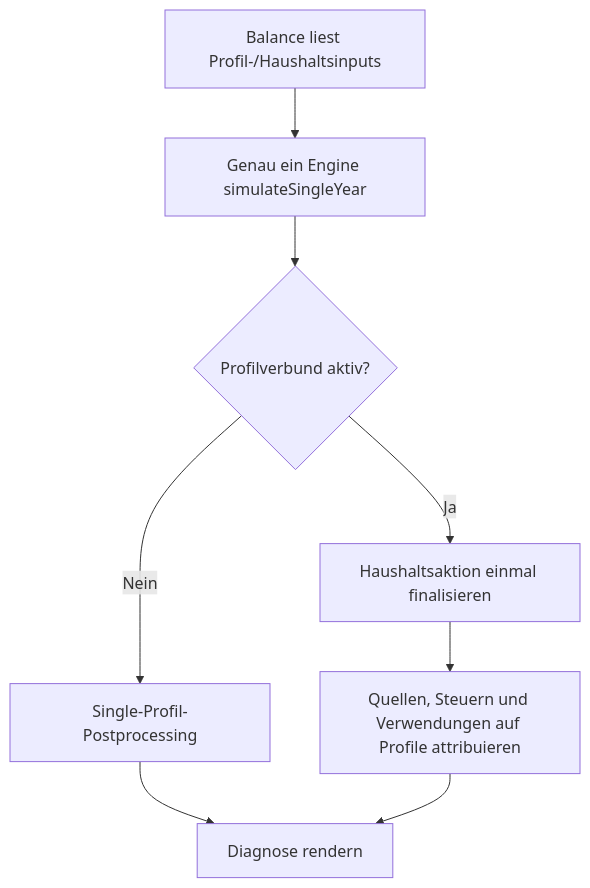
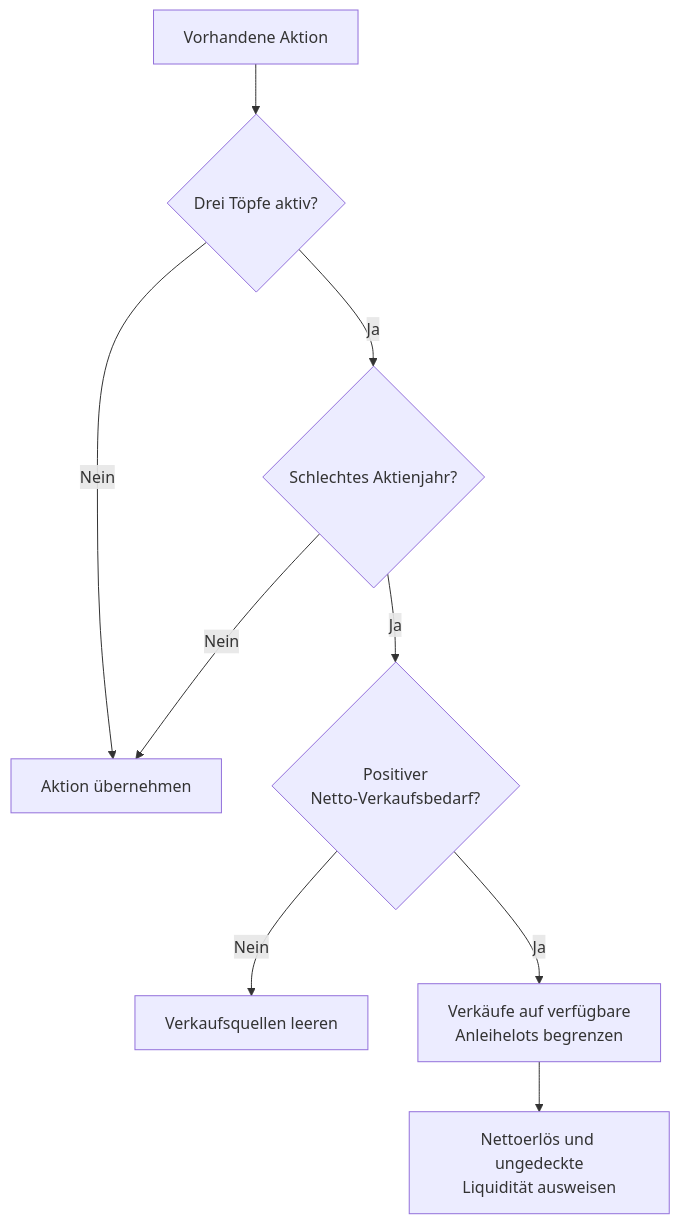
Before and after one commit to dieteresser62-lab/Vermoegen-und-Ruhestand: the third of 3 diagrams in docs/reference/ENGINE_DECISION_LOGIC.md, drawn with Mermaid. The commit also changed other lines of this file and 334 other files, not shown here.

````diff
--- a/docs/reference/ENGINE_DECISION_LOGIC.md
+++ b/docs/reference/ENGINE_DECISION_LOGIC.md
@@ -248,10 +123,11 @@
 ```mermaid
 flowchart TD
-    A["Balance liest Profil-/Haushaltsinputs"] --> B["Genau ein Engine simulateSingleYear"]
-    B --> C{"Profilverbund aktiv?"}
-    C -- "Ja" --> D["Haushaltsaktion einmal finalisieren"]
-    C -- "Nein" --> E["Single-Profil-Postprocessing"]
-    D --> F["Quellen, Steuern und Verwendungen auf Profile attribuieren"]
-    E --> G["Diagnose rendern"]
-    F --> G
+    A["Vorhandene Aktion"] --> B{"Drei Töpfe aktiv?"}
+    B -->|"Nein"| Z["Aktion übernehmen"]
+    B -->|"Ja"| C{"Schlechtes Aktienjahr?"}
+    C -->|"Nein"| Z
+    C -->|"Ja"| D{"Positiver<br/>Netto-Verkaufsbedarf?"}
+    D -->|"Nein"| E["Verkaufsquellen leeren"]
+    D -->|"Ja"| F["Verkäufe auf verfügbare<br/>Anleihelots begrenzen"]
+    F --> G["Nettoerlös und ungedeckte<br/>Liquidität ausweisen"]
 ```
````
